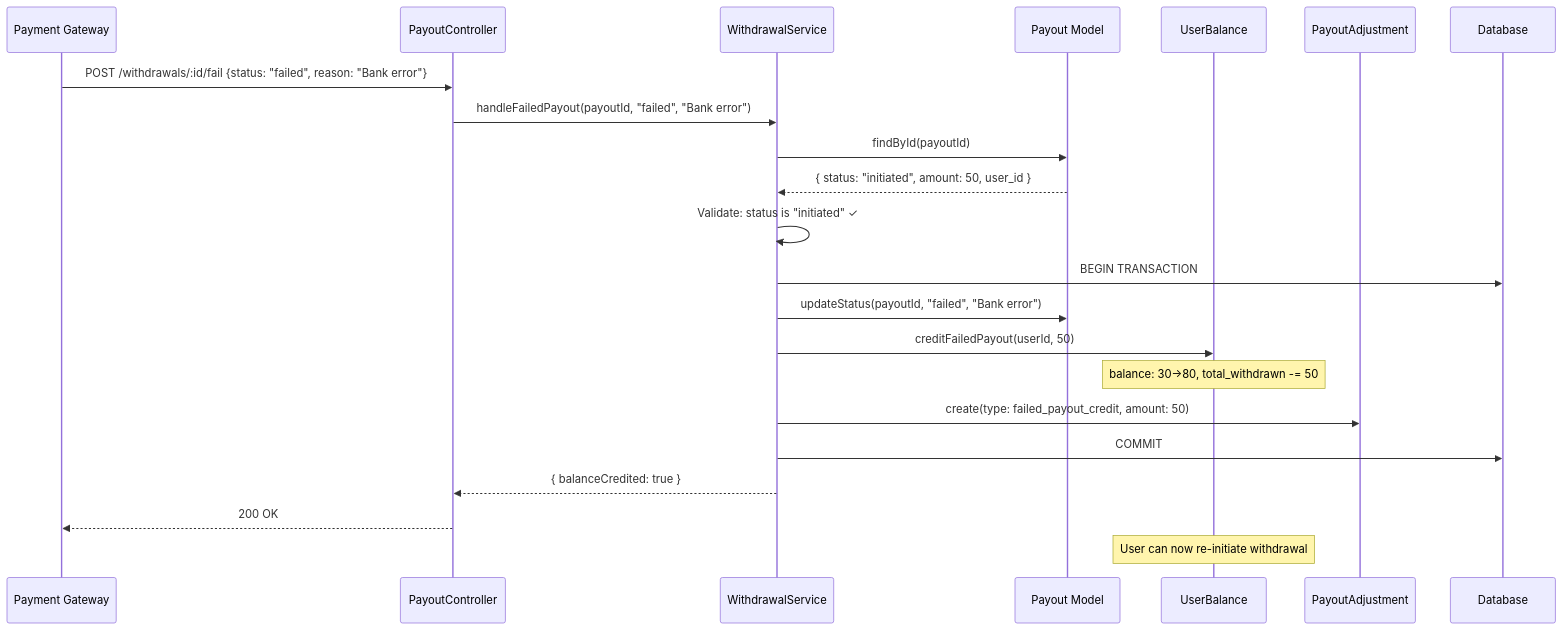
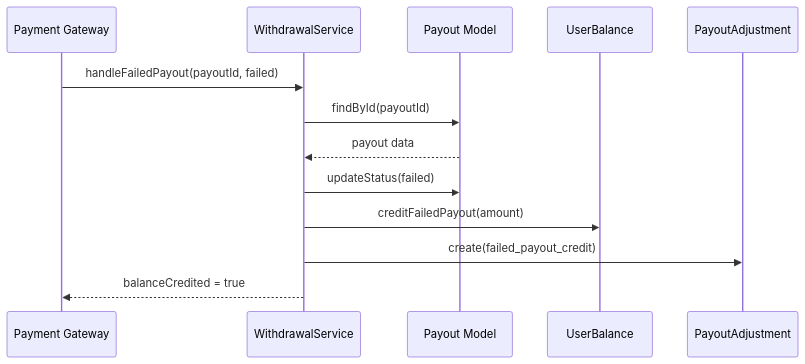
Diagram 11 of 14 in LLD.md (pawanclone/taskdoc), drawn with Mermaid before and after one commit. The commit also changed other lines of this file, not shown here.

````diff
--- a/LLD.md
+++ b/LLD.md
@@ -350,30 +386,18 @@
 ```mermaid
 sequenceDiagram
-    participant Gateway as Payment Gateway
-    participant Controller as PayoutController
-    participant Service as WithdrawalService
-    participant PayoutModel as Payout Model
-    participant BalanceModel as UserBalance
-    participant AuditModel as PayoutAdjustment
-    participant DB as Database
+    participant GW as Payment Gateway
+    participant Svc as WithdrawalService
+    participant Pay as Payout Model
+    participant Bal as UserBalance
+    participant Audit as PayoutAdjustment
 
-    Gateway->>Controller: POST /withdrawals/:id/fail {status: "failed", reason: "Bank error"}
-    Controller->>Service: handleFailedPayout(payoutId, "failed", "Bank error")
+    GW->>Svc: handleFailedPayout(payoutId, failed)
+    Svc->>Pay: findById(payoutId)
+    Pay-->>Svc: payout data
 
-    Service->>PayoutModel: findById(payoutId)
-    PayoutModel-->>Service: { status: "initiated", amount: 50, user_id }
+    Svc->>Pay: updateStatus(failed)
+    Svc->>Bal: creditFailedPayout(amount)
+    Svc->>Audit: create(failed_payout_credit)
 
-    Service->>Service: Validate: status is "initiated" ✓
-
-    Service->>DB: BEGIN TRANSACTION
-    Service->>PayoutModel: updateStatus(payoutId, "failed", "Bank error")
-    Service->>BalanceModel: creditFailedPayout(userId, 50)
-    Note over BalanceModel: balance: 30→80, total_withdrawn -= 50
-    Service->>AuditModel: create(type: failed_payout_credit, amount: 50)
-    Service->>DB: COMMIT
-
-    Service-->>Controller: { balanceCredited: true }
-    Controller-->>Gateway: 200 OK
-
-    Note over BalanceModel: User can now re-initiate withdrawal
+    Svc-->>GW: balanceCredited = true
 ```
````
